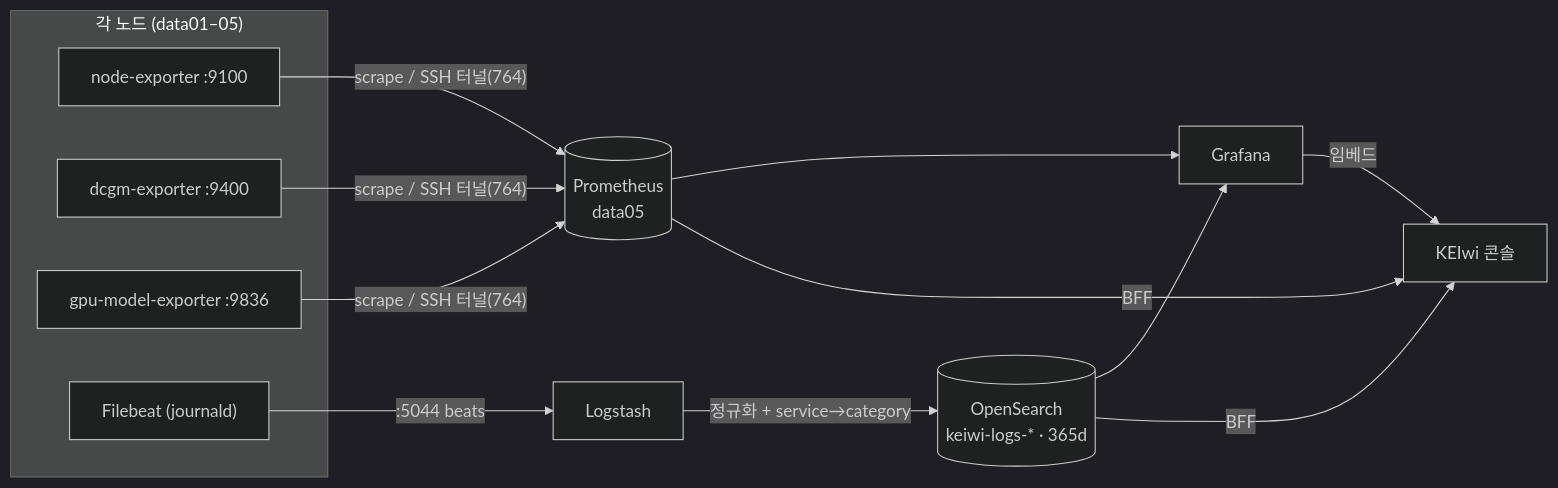
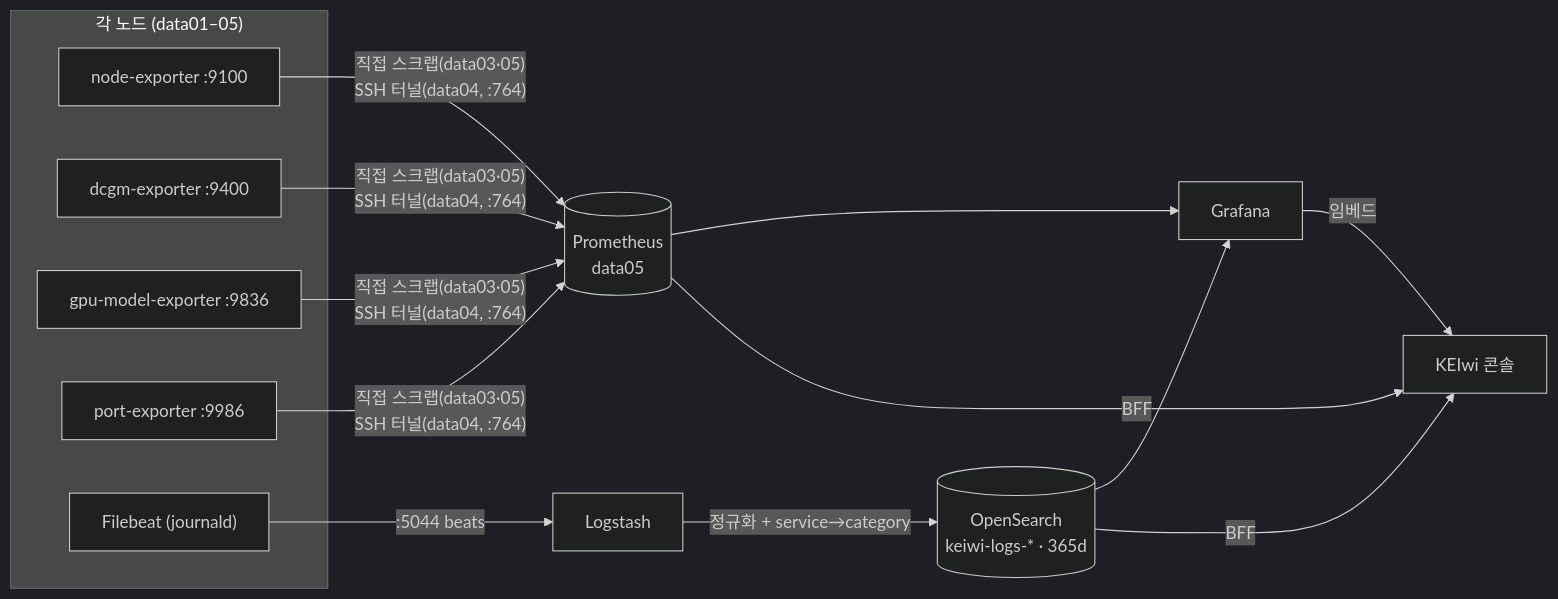
One commit to mooner92/KEIwi changed the second of 3 diagrams in README.md. Above: the diagram before and after it, drawn with Mermaid (dark theme). The commit also changed other lines of this file and 19 other files, not shown here.

````diff
--- a/README.md
+++ b/README.md
@@ -109,15 +112,16 @@
 ```mermaid
 flowchart LR
     subgraph 각_노드["각 노드 (data01–05)"]
       NE["node-exporter :9100"]
       DC["dcgm-exporter :9400"]
       GM["gpu-model-exporter :9836"]
+      PE["port-exporter :9986"]
       FB["Filebeat (journald)"]
     end
-    NE & DC & GM -->|"scrape / SSH 터널(764)"| Prom[("Prometheus<br/>data05")]
+    NE & DC & GM & PE -->|"직접 스크랩(data03·05)<br/>SSH 터널(data04, :764)"| Prom[("Prometheus<br/>data05")]
     FB -->|":5044 beats"| LS["Logstash"] -->|"정규화 + service→category"| OS[("OpenSearch<br/>keiwi-logs-* · 365d")]
     Prom --> G["Grafana"]
     OS --> G
     G -->|"임베드"| C["KEIwi 콘솔"]
     Prom & OS -->|"BFF"| C
 ```
````
